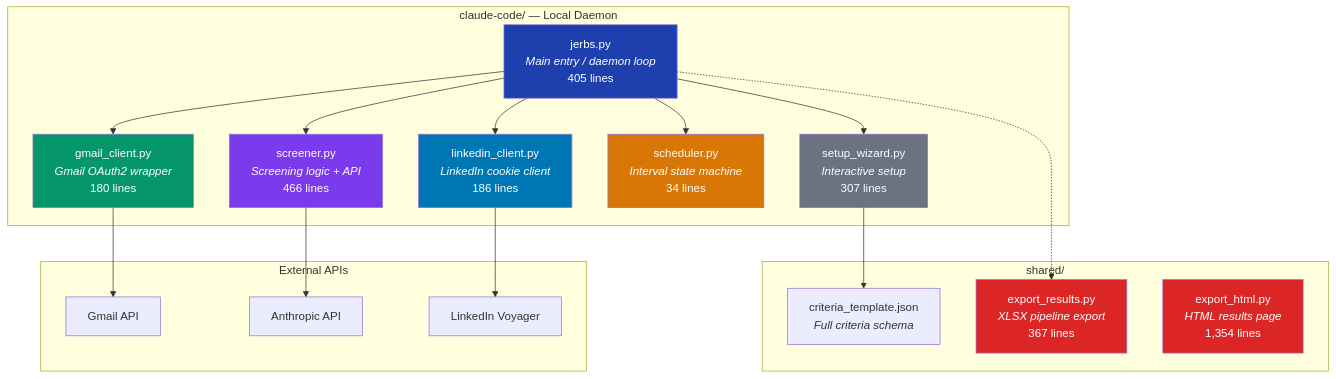
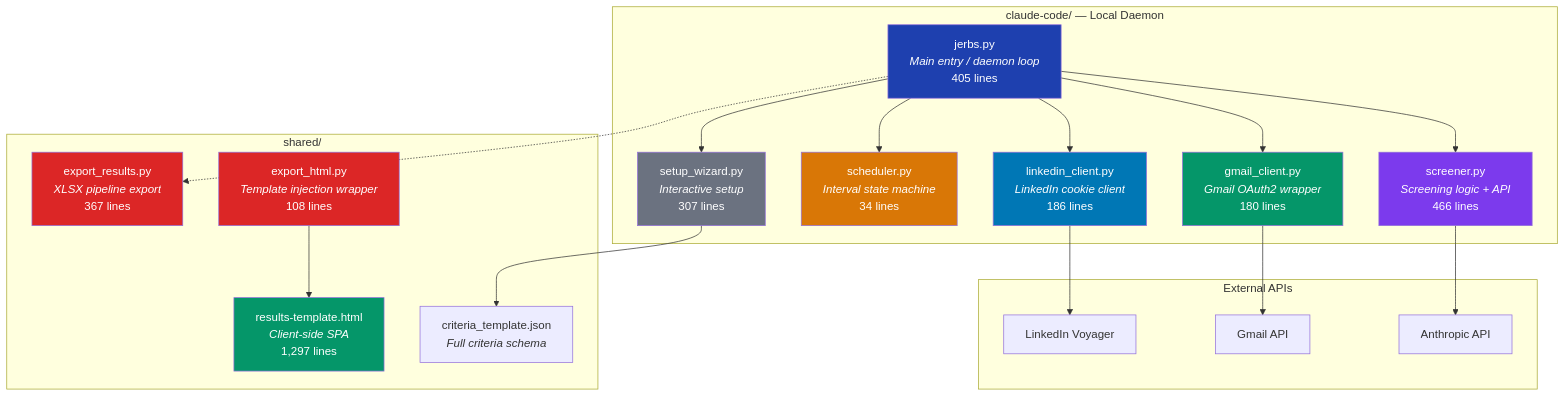
Before and after one commit to pjunod/jerbs: the third of 9 diagrams in docs/architecture/README.md, drawn with Mermaid. The commit also changed other lines of this file and 13 other files, not shown here.

````diff
--- a/docs/architecture/README.md
+++ b/docs/architecture/README.md
@@ -120,45 +121,48 @@
 ```mermaid
 graph TB
     subgraph "claude-code/ — Local Daemon"
         jerbs["jerbs.py<br/><i>Main entry / daemon loop</i><br/>405 lines"]
         screener["screener.py<br/><i>Screening logic + API</i><br/>466 lines"]
         gmail["gmail_client.py<br/><i>Gmail OAuth2 wrapper</i><br/>180 lines"]
         linkedin["linkedin_client.py<br/><i>LinkedIn cookie client</i><br/>186 lines"]
         scheduler["scheduler.py<br/><i>Interval state machine</i><br/>34 lines"]
         wizard["setup_wizard.py<br/><i>Interactive setup</i><br/>307 lines"]
     end
 
     subgraph "shared/"
         template["criteria_template.json<br/><i>Full criteria schema</i>"]
         export_xlsx["export_results.py<br/><i>XLSX pipeline export</i><br/>367 lines"]
-        export_html["export_html.py<br/><i>HTML results page</i><br/>1,354 lines"]
+        export_html["export_html.py<br/><i>Template injection wrapper</i><br/>108 lines"]
+        results_tpl["results-template.html<br/><i>Client-side SPA</i><br/>1,297 lines"]
     end
 
     subgraph "External APIs"
         gmail_api["Gmail API"]
         anthropic_api["Anthropic API"]
         linkedin_api["LinkedIn Voyager"]
     end
 
     jerbs --> screener
     jerbs --> gmail
     jerbs --> linkedin
     jerbs --> scheduler
     jerbs --> wizard
     jerbs -.-> export_xlsx
 
     wizard --> template
+    export_html --> results_tpl
 
     screener --> anthropic_api
     gmail --> gmail_api
     linkedin --> linkedin_api
 
     style jerbs fill:#1e40af,color:#fff
     style screener fill:#7c3aed,color:#fff
     style gmail fill:#059669,color:#fff
     style linkedin fill:#0077b5,color:#fff
     style scheduler fill:#d97706,color:#fff
     style wizard fill:#6b7280,color:#fff
     style export_html fill:#dc2626,color:#fff
     style export_xlsx fill:#dc2626,color:#fff
+    style results_tpl fill:#059669,color:#fff
 ```
````
